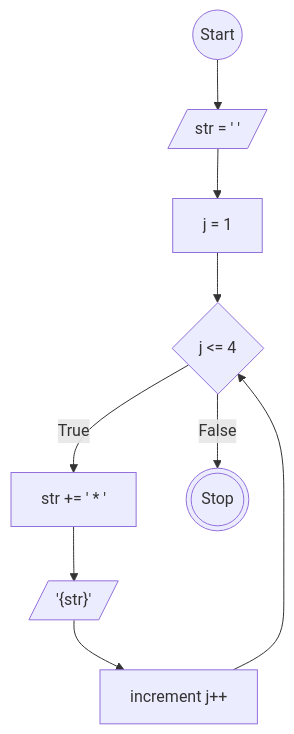
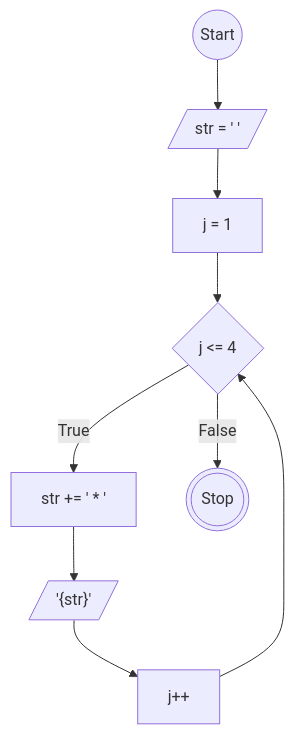
One commit to MuhamadRafliShidiq/koda-b8-homework1 changed the first of 2 diagrams in readme.md. Above: the diagram before and after it, drawn with Mermaid.

````diff
--- a/readme.md
+++ b/readme.md
@@ -6,21 +6,21 @@
 ```mermaid
 
    flowchart TD
    a@{ shape: circle, label: "Start" }
    b@{ shape: lean-r, label: " str = ' '" }
    c@{ shape: rect, label: " j = 1 " }
    d@{ shape: diamond, label: " j <= 4" }
    e@{ shape: rect, label: " str += ' * '" }
    g@{ shape: lean-r, label: " '{str}'" }
-   f@{ shape: rect, label: " increment j++" }
+   f@{ shape: rect, label: " j++" }
    h@{ shape: dbl-circ, label: "Stop" }
 
     a --> b --> c --> d
 
     d --True--> e --> g --> f
     f --> d
 
     d --False--> h
 
 
 ```
````
